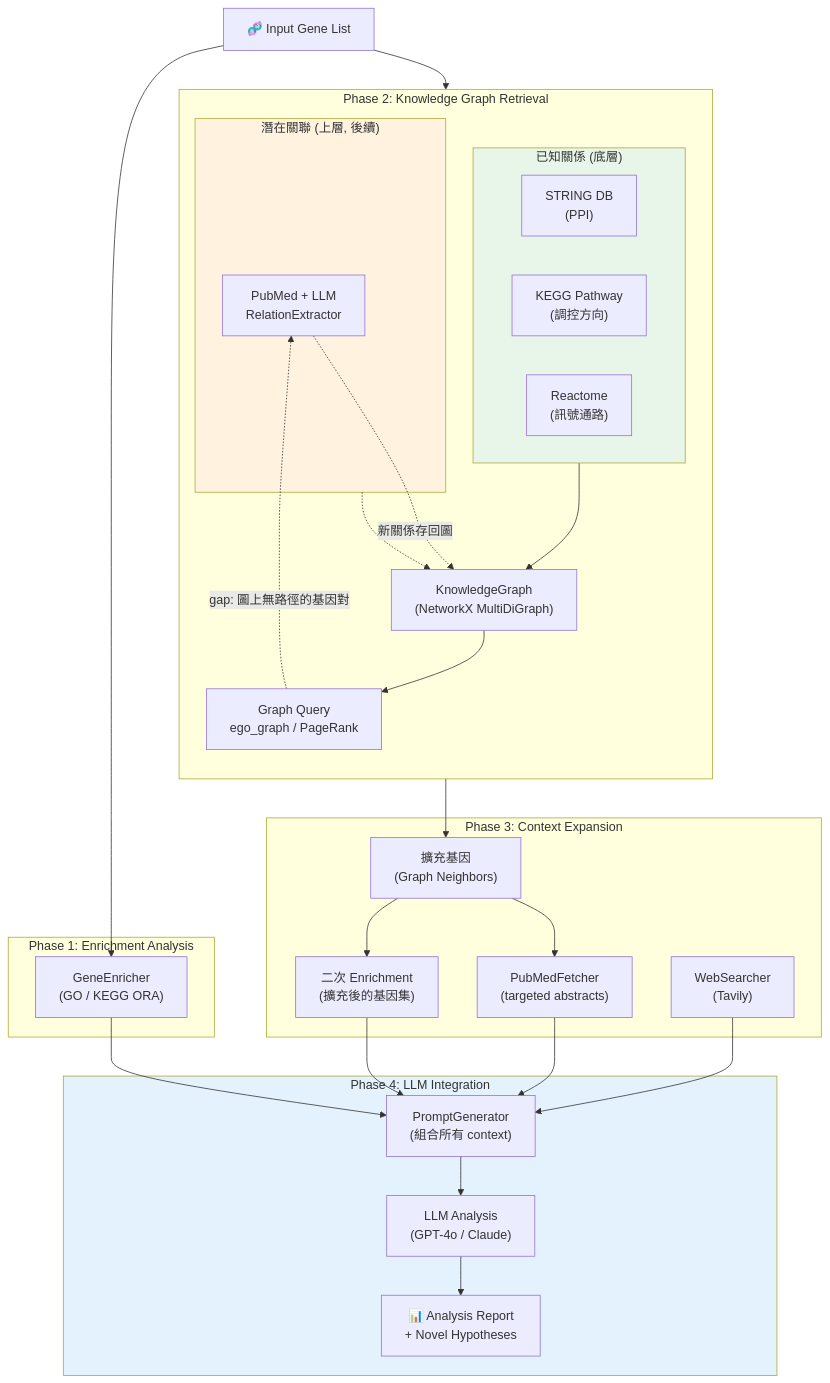
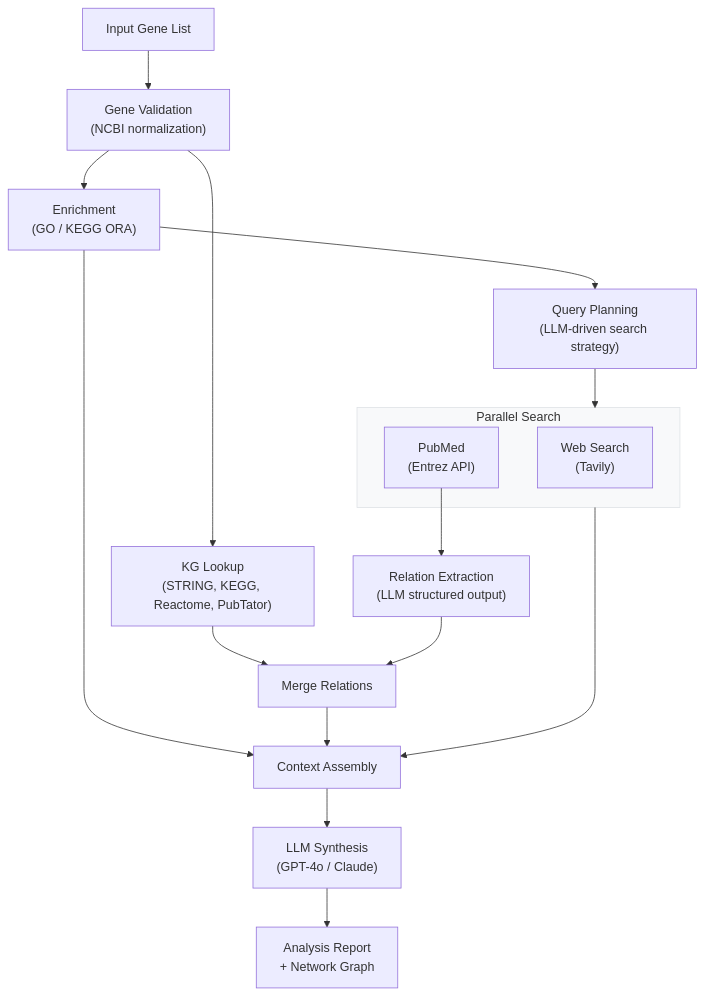
The diagram in README.md (xu62u4u6/EnrichRAG), drawn with Mermaid before and after one commit. The commit also changed other lines of this file and 10 other files, not shown here.

````diff
--- a/README.md
+++ b/README.md
@@ -11,60 +37,27 @@
 ```mermaid
 flowchart TD
-    INPUT["🧬 Input Gene List"]
+    INPUT["Input Gene List"] --> VALIDATE["Gene Validation\n(NCBI normalization)"]
+    VALIDATE --> ORA["Enrichment\n(GO / KEGG ORA)"]
+    VALIDATE --> KG_LOOKUP["KG Lookup\n(STRING, KEGG, Reactome, PubTator)"]
 
-    subgraph ENRICH["Phase 1: Enrichment Analysis"]
-        ORA["GeneEnricher\n(GO / KEGG ORA)"]
+    ORA --> PLAN["Query Planning\n(LLM-driven search strategy)"]
+    PLAN --> SEARCH["Parallel Search"]
+
+    subgraph SEARCH["Parallel Search"]
+        WEB["Web Search\n(Tavily)"]
+        PUBMED["PubMed\n(Entrez API)"]
     end
 
-    subgraph GRAPH["Phase 2: Knowledge Graph Retrieval"]
-        direction TB
-        KG["KnowledgeGraph\n(NetworkX MultiDiGraph)"]
-        QUERY["Graph Query\nego_graph / PageRank"]
+    PUBMED --> EXTRACT["Relation Extraction\n(LLM structured output)"]
+    KG_LOOKUP --> MERGE["Merge Relations"]
+    EXTRACT --> MERGE
 
-        subgraph KNOWN["已知關係 (底層)"]
-            STRING["STRING DB\n(PPI)"]
-            KEGG_G["KEGG Pathway\n(調控方向)"]
-            REACTOME["Reactome\n(訊號通路)"]
-        end
+    ORA --> PROMPT["Context Assembly"]
+    MERGE --> PROMPT
+    SEARCH --> PROMPT
 
-        subgraph UNKNOWN["潛在關聯 (上層, 後續)"]
-            PUBMED_LLM["PubMed + LLM\nRelationExtractor"]
-        end
+    PROMPT --> LLM["LLM Synthesis\n(GPT-4o / Claude)"]
+    LLM --> REPORT["Analysis Report\n+ Network Graph"]
 
-        KNOWN --> KG
-        UNKNOWN -.-> KG
-        KG --> QUERY
-    end
-
-    subgraph EXPAND["Phase 3: Context Expansion"]
-        NEIGHBOR["擴充基因\n(Graph Neighbors)"]
-        ENRICH2["二次 Enrichment\n(擴充後的基因集)"]
-        PUBMED["PubMedFetcher\n(targeted abstracts)"]
-        WEB["WebSearcher\n(Tavily)"]
-    end
-
-    subgraph LLM_PHASE["Phase 4: LLM Integration"]
-        PROMPT["PromptGenerator\n(組合所有 context)"]
-        LLM["LLM Analysis\n(GPT-4o / Claude)"]
-        OUTPUT["📊 Analysis Report\n+ Novel Hypotheses"]
-    end
-
-    INPUT --> ORA
-    INPUT --> QUERY
-    QUERY --> NEIGHBOR
-    NEIGHBOR --> ENRICH2
-    ORA --> PROMPT
-    ENRICH2 --> PROMPT
-    NEIGHBOR --> PUBMED
-    PUBMED --> PROMPT
-    WEB --> PROMPT
-    PROMPT --> LLM
-    LLM --> OUTPUT
-
-    QUERY -. "gap: 圖上無路徑的基因對" .-> PUBMED_LLM
-    PUBMED_LLM -. "新關係存回圖" .-> KG
-
-    style KNOWN fill:#e8f5e9
-    style UNKNOWN fill:#fff3e0
-    style LLM_PHASE fill:#e3f2fd
+    style SEARCH fill:#f8f9fa,stroke:#dee2e6
 ```
````
